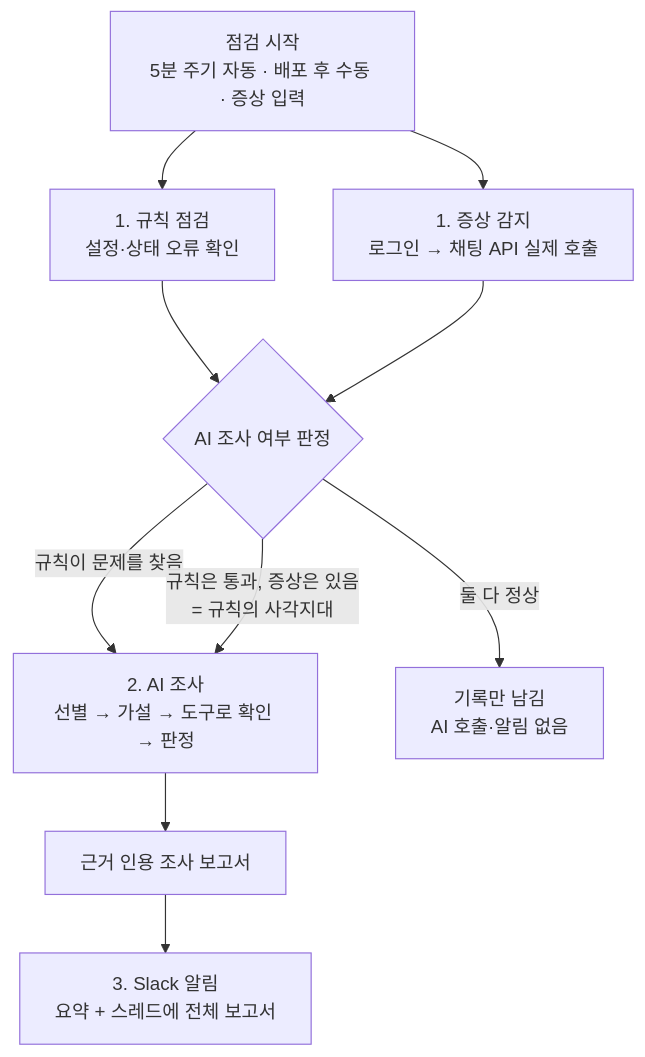
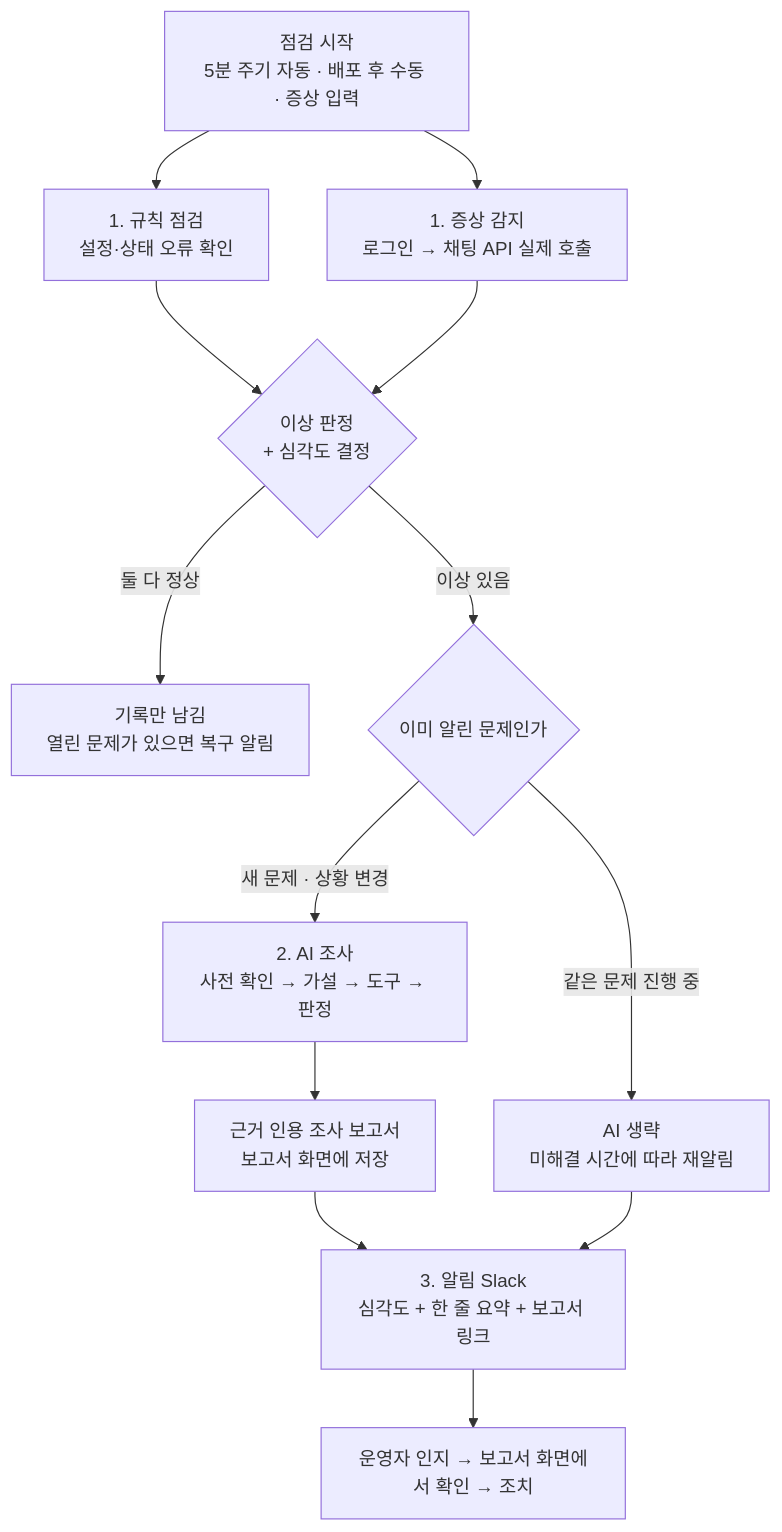
The second of 2 diagrams in docs/산출물/02-문제정의및서비스기획.md (skax-jihyeryu/KubeGuardian), drawn with Mermaid before and after one commit. The commit also changed other lines of this file and 3 other files, not shown here.

````diff
--- a/docs/산출물/02-문제정의및서비스기획.md
+++ b/docs/산출물/02-문제정의및서비스기획.md
@@ -114,12 +148,15 @@
 ```mermaid
 flowchart TB
     T[점검 시작<br/>5분 주기 자동 · 배포 후 수동 · 증상 입력] --> R[1. 규칙 점검<br/>설정·상태 오류 확인]
     T --> S[1. 증상 감지<br/>로그인 → 채팅 API 실제 호출]
-    R --> G{AI 조사 여부 판정}
+    R --> G{이상 판정<br/>+ 심각도 결정}
     S --> G
-    G -->|규칙이 문제를 찾음| AI[2. AI 조사<br/>선별 → 가설 → 도구로 확인 → 판정]
-    G -->|규칙은 통과, 증상은 있음<br/>= 규칙의 사각지대| AI
-    G -->|둘 다 정상| OK[기록만 남김<br/>AI 호출·알림 없음]
-    AI --> REP[근거 인용 조사 보고서]
-    REP --> N[3. Slack 알림<br/>요약 + 스레드에 전체 보고서]
+    G -->|둘 다 정상| OK[기록만 남김<br/>열린 문제가 있으면 복구 알림]
+    G -->|이상 있음| D{이미 알린 문제인가}
+    D -->|새 문제 · 상황 변경| AI[2. AI 조사<br/>사전 확인 → 가설 → 도구 → 판정]
+    D -->|같은 문제 진행 중| RM[AI 생략<br/>미해결 시간에 따라 재알림]
+    AI --> REP[근거 인용 조사 보고서<br/>보고서 화면에 저장]
+    REP --> N[3. 알림 Slack<br/>심각도 + 한 줄 요약 + 보고서 링크]
+    RM --> N
+    N --> K[운영자 인지 → 보고서 화면에서 확인 → 조치]
 ```
````
